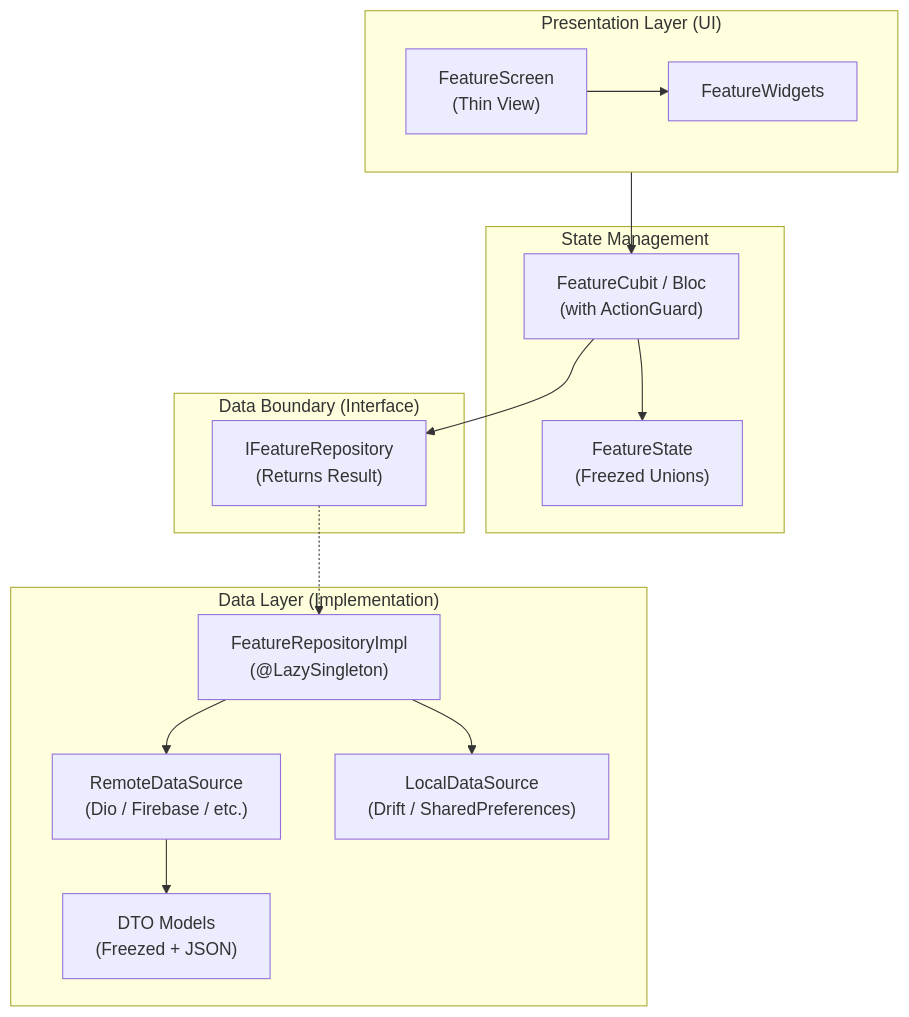
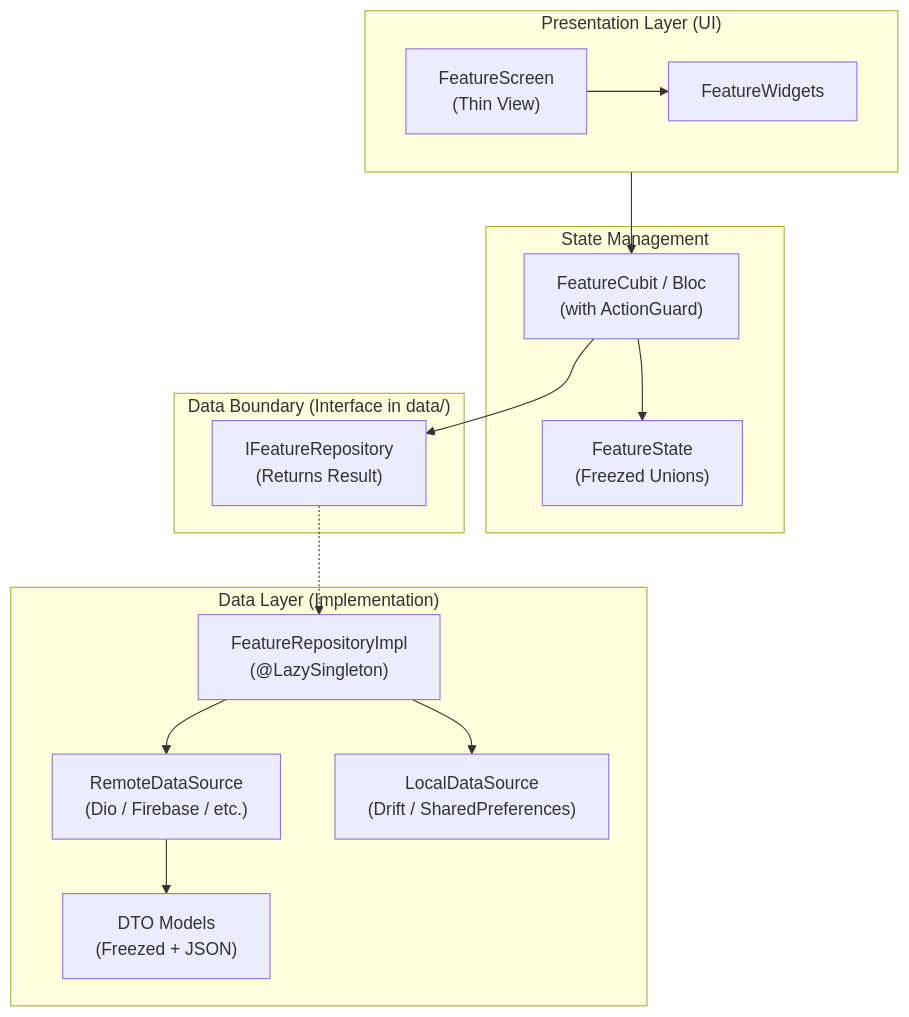
Before and after one commit to Clark605/flutter_Starter_template: the diagram in docs/architecture.md, drawn with Mermaid. The commit also changed other lines of this file and 34 other files, not shown here.

Commit message:
feat(core): implement Batch C quality improvements, pluggable error mapper, ActionToken, and architecture enforcement

````diff
--- a/docs/architecture.md
+++ b/docs/architecture.md
@@ -5,33 +5,33 @@
 ```mermaid
 flowchart TD
     subgraph UI ["Presentation Layer (UI)"]
         Screen["FeatureScreen\n(Thin View)"]
         Widget["FeatureWidgets"]
         Screen --> Widget
     end
 
     subgraph StateManagement ["State Management"]
         Cubit["FeatureCubit / Bloc\n(with ActionGuard)"]
         State["FeatureState\n(Freezed Unions)"]
         Cubit --> State
     end
 
-    subgraph RepositoryLayer ["Data Boundary (Interface)"]
+    subgraph RepositoryLayer ["Data Boundary (Interface in data/)"]
         RepoInterface["IFeatureRepository\n(Returns Result<T>)"]
     end
 
     subgraph DataLayer ["Data Layer (Implementation)"]
         RepoImpl["FeatureRepositoryImpl\n(@LazySingleton)"]
         RemoteDS["RemoteDataSource\n(Dio / Firebase / etc.)"]
         LocalDS["LocalDataSource\n(Drift / SharedPreferences)"]
         DTO["DTO Models\n(Freezed + JSON)"]
 
         RepoImpl --> RemoteDS
         RepoImpl --> LocalDS
         RemoteDS --> DTO
     end
 
     UI --> Cubit
     Cubit --> RepoInterface
     RepoInterface -.-> RepoImpl
 ```
````
